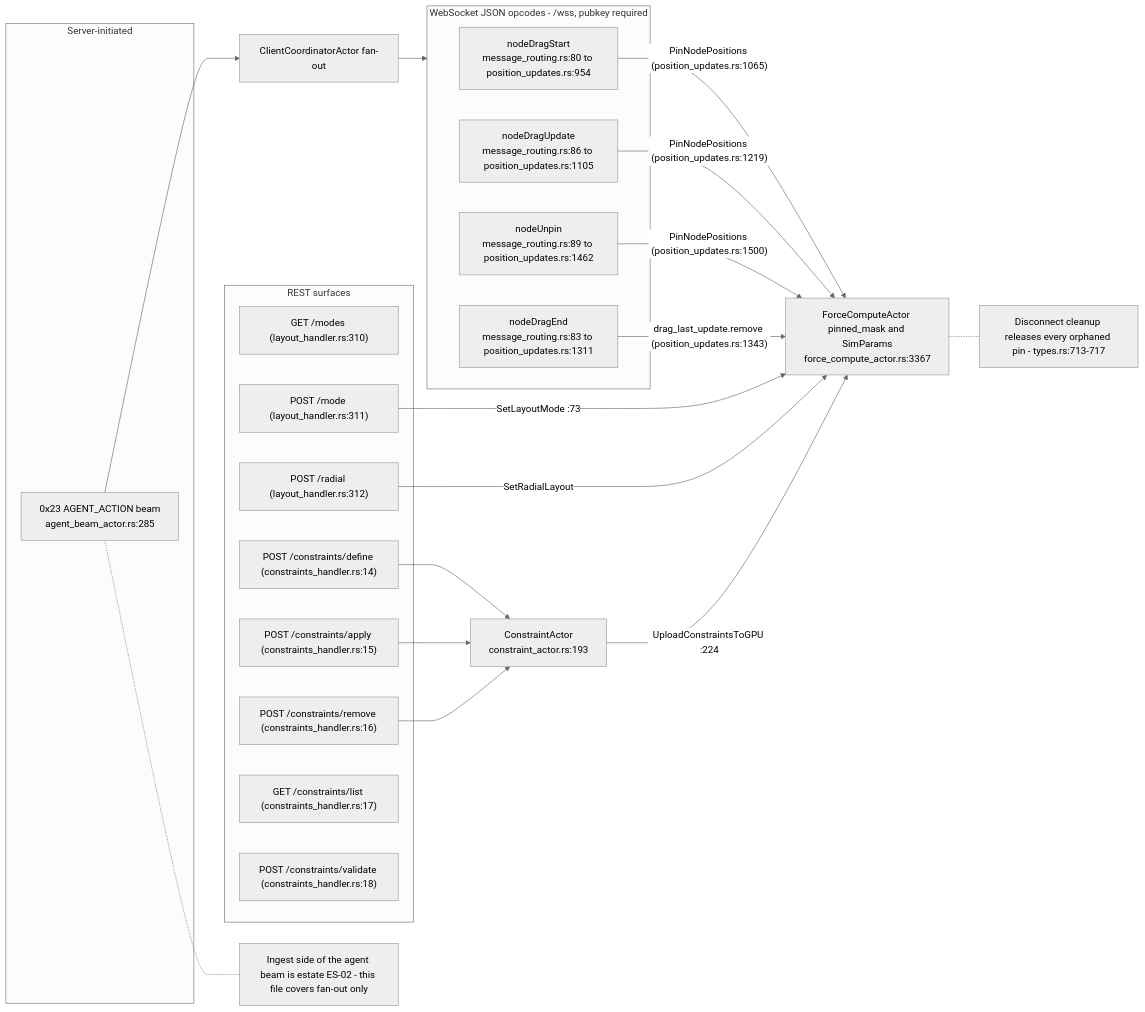
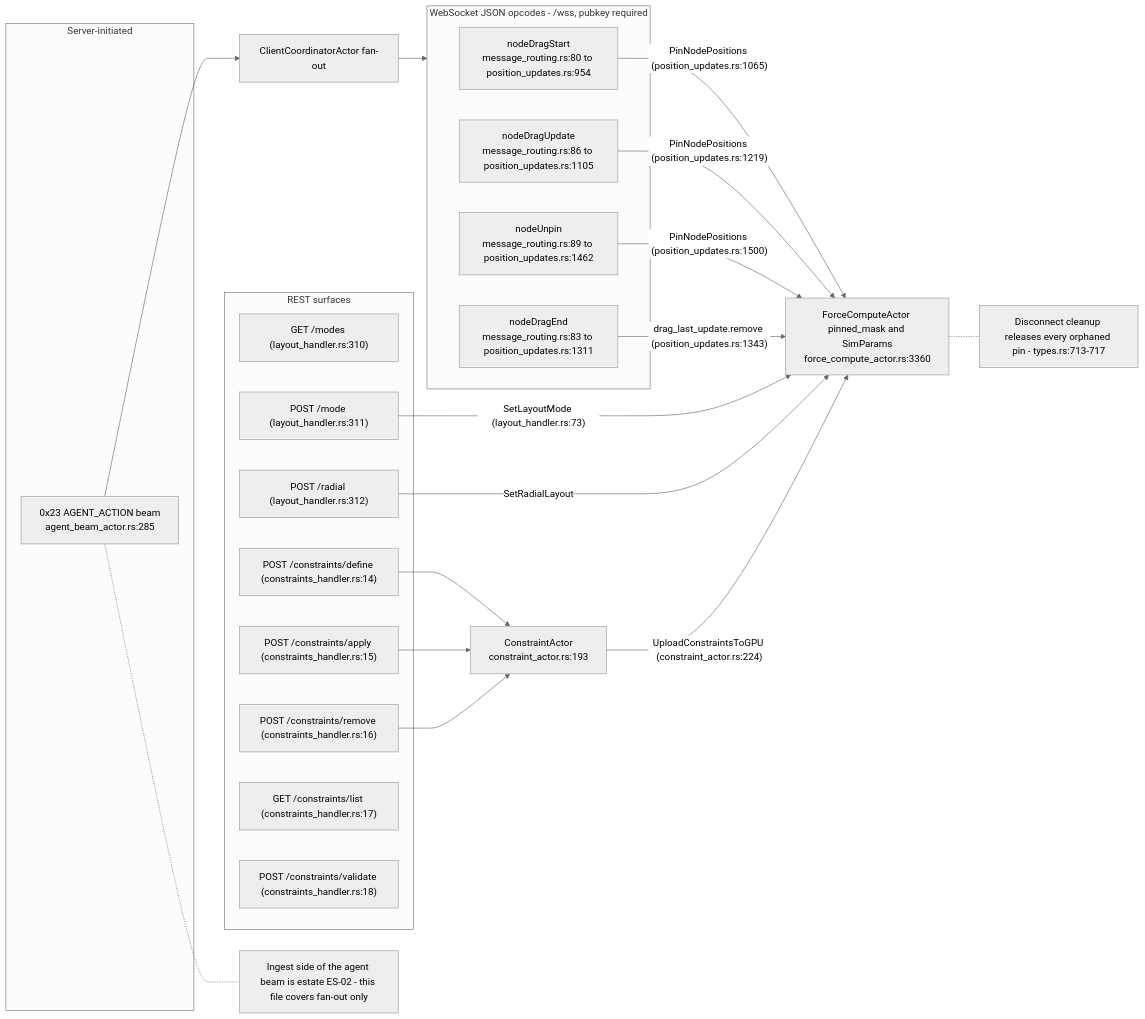
The seventh of 8 diagrams in docs/diagrams/visionclaw/16-interaction-drag-pin-layout.md (DreamLab-AI/VisionFlow), drawn with Mermaid (neutral theme) before and after one commit. The commit also changed other lines of this file and 94 other files, not shown here.

First line of the commit message:
docs(diagrams): re-verify 130 topics against 2 October HEADs

````diff
--- a/docs/diagrams/visionclaw/16-interaction-drag-pin-layout.md
+++ b/docs/diagrams/visionclaw/16-interaction-drag-pin-layout.md
@@ -216,43 +220,43 @@
 ```mermaid
 flowchart LR
     subgraph WSOPS["WebSocket JSON opcodes - /wss, pubkey required"]
         D1["nodeDragStart<br/>message_routing.rs:80 to position_updates.rs:954"]
         D2["nodeDragEnd<br/>message_routing.rs:83 to position_updates.rs:1311"]
         D3["nodeDragUpdate<br/>message_routing.rs:86 to position_updates.rs:1105"]
         D4["nodeUnpin<br/>message_routing.rs:89 to position_updates.rs:1462"]
     end
     subgraph REST["REST surfaces"]
         L1["GET /modes (layout_handler.rs:310)"]
         L2["POST /mode (layout_handler.rs:311)"]
         L3["POST /radial (layout_handler.rs:312)"]
         K1["POST /constraints/define (constraints_handler.rs:14)"]
         K2["POST /constraints/apply (constraints_handler.rs:15)"]
         K3["POST /constraints/remove (constraints_handler.rs:16)"]
         K4["GET /constraints/list (constraints_handler.rs:17)"]
         K5["POST /constraints/validate (constraints_handler.rs:18)"]
     end
     subgraph SRVPUSH["Server-initiated"]
         B1["0x23 AGENT_ACTION beam<br/>agent_beam_actor.rs:285"]
     end
-    GPU["ForceComputeActor pinned_mask and SimParams<br/>force_compute_actor.rs:3367"]
+    GPU["ForceComputeActor pinned_mask and SimParams<br/>force_compute_actor.rs:3360"]
     CA["ConstraintActor<br/>constraint_actor.rs:193"]
     CC["ClientCoordinatorActor fan-out"]
 
     D1 -->|"PinNodePositions (position_updates.rs:1065)"| GPU
     D3 -->|"PinNodePositions (position_updates.rs:1219)"| GPU
     D4 -->|"PinNodePositions (position_updates.rs:1500)"| GPU
     D2 -->|"drag_last_update.remove (position_updates.rs:1343)"| GPU
-    L2 -->|"SetLayoutMode :73"| GPU
+    L2 -->|"SetLayoutMode (layout_handler.rs:73)"| GPU
     L3 -->|"SetRadialLayout"| GPU
     K1 --> CA
     K2 --> CA
     K3 --> CA
-    CA -->|"UploadConstraintsToGPU :224"| GPU
+    CA -->|"UploadConstraintsToGPU (constraint_actor.rs:224)"| GPU
     B1 --> CC
     CC --> WSOPS
 
     N1["Disconnect cleanup releases every orphaned pin - types.rs:713-717"]
     N2["Ingest side of the agent beam is estate ES-02 - this file covers fan-out only"]
     GPU -.- N1
     B1 -.- N2
 ```
````
